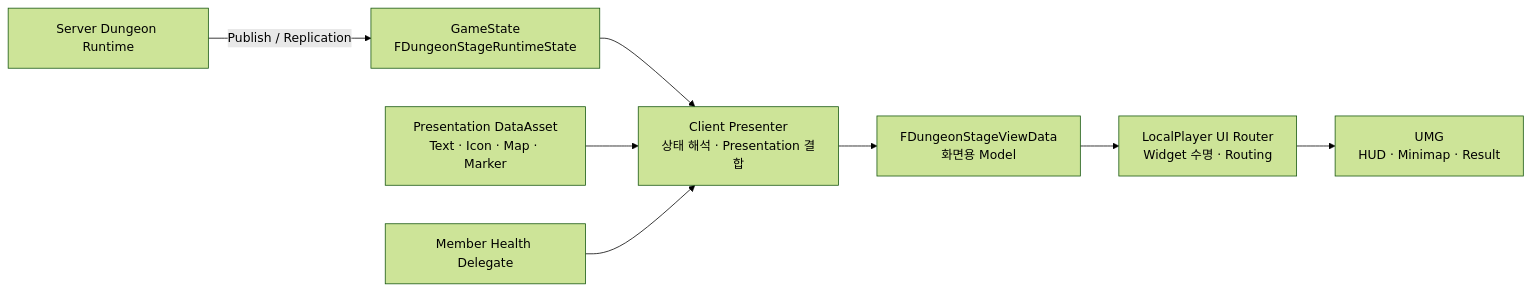
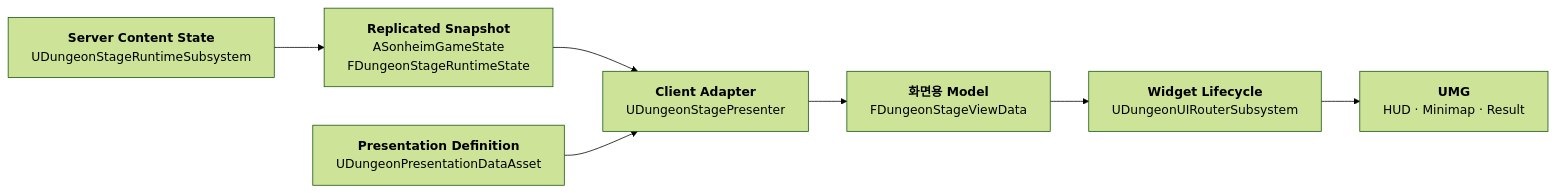
The third of 3 diagrams in Doc/Wiki/11_Client_State_Presentation_Pipeline.md (chungheonLee0325/Sonheim), drawn with Mermaid (forest theme) before and after one commit. The commit also changed other lines of this file, not shown here.

Commit message:
docs: expand client presentation into full ui architecture

````diff
--- a/Doc/Wiki/11_Client_State_Presentation_Pipeline.md
+++ b/Doc/Wiki/11_Client_State_Presentation_Pipeline.md
@@ -11,19 +394,14 @@
-```mermaid
+~~~mermaid
 flowchart LR
-    R["Server Dungeon Runtime"]
-    G["GameState<br/>FDungeonStageRuntimeState"]
-    P["Client Presenter<br/>상태 해석 · Presentation 결합"]
-    V["FDungeonStageViewData<br/>화면용 Model"]
-    U["LocalPlayer UI Router<br/>Widget 수명 · Routing"]
-    W["UMG<br/>HUD · Minimap · Result"]
-    D["Presentation DataAsset<br/>Text · Icon · Map · Marker"]
-    H["Member Health Delegate"]
+    R["<b>Server Content State</b><br/>UDungeonStageRuntimeSubsystem"]
+    G["<b>Replicated Snapshot</b><br/>ASonheimGameState<br/>FDungeonStageRuntimeState"]
+    P["<b>Client Adapter</b><br/>UDungeonStagePresenter"]
+    D["<b>Presentation Definition</b><br/>UDungeonPresentationDataAsset"]
+    V["<b>화면용 Model</b><br/>FDungeonStageViewData"]
+    U["<b>Widget Lifecycle</b><br/>UDungeonUIRouterSubsystem"]
+    W["<b>UMG</b><br/>HUD · Minimap · Result"]
 
-    R -->|"Publish / Replication"| G
-    G --> P
+    R --> G --> P
     D --> P
-    H --> P
-    P --> V
-    V --> U
-    U --> W
-```
+    P --> V --> U --> W
+~~~
````
